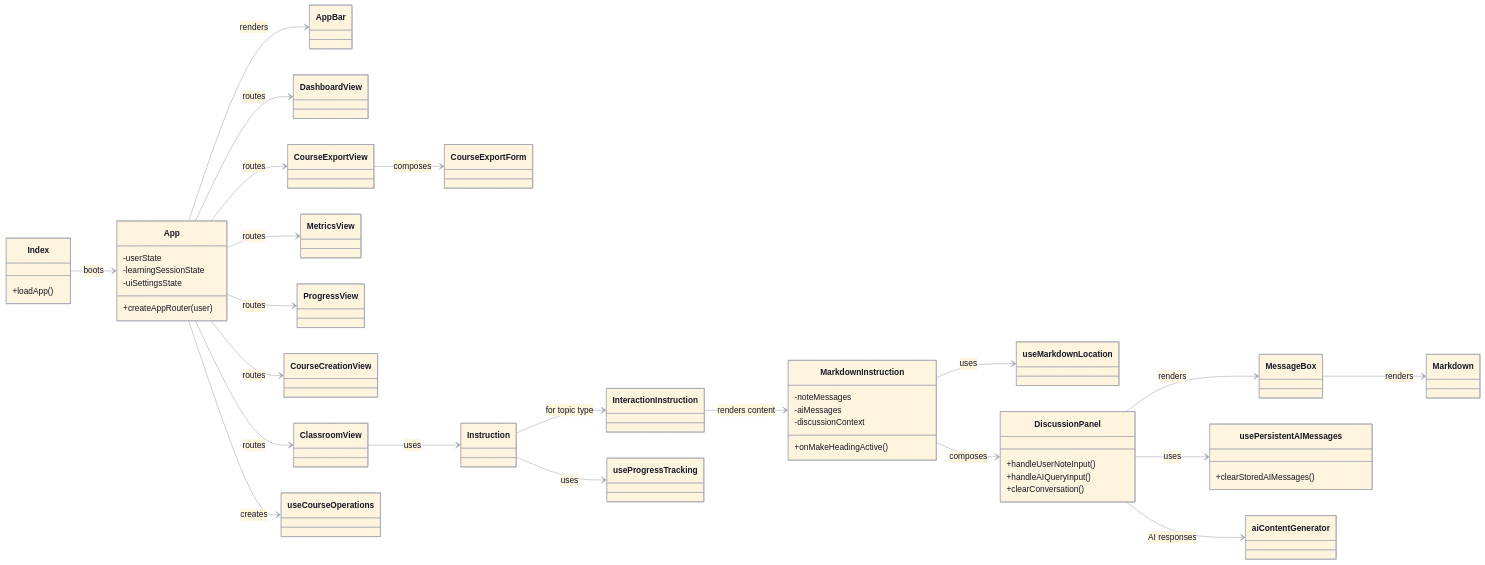
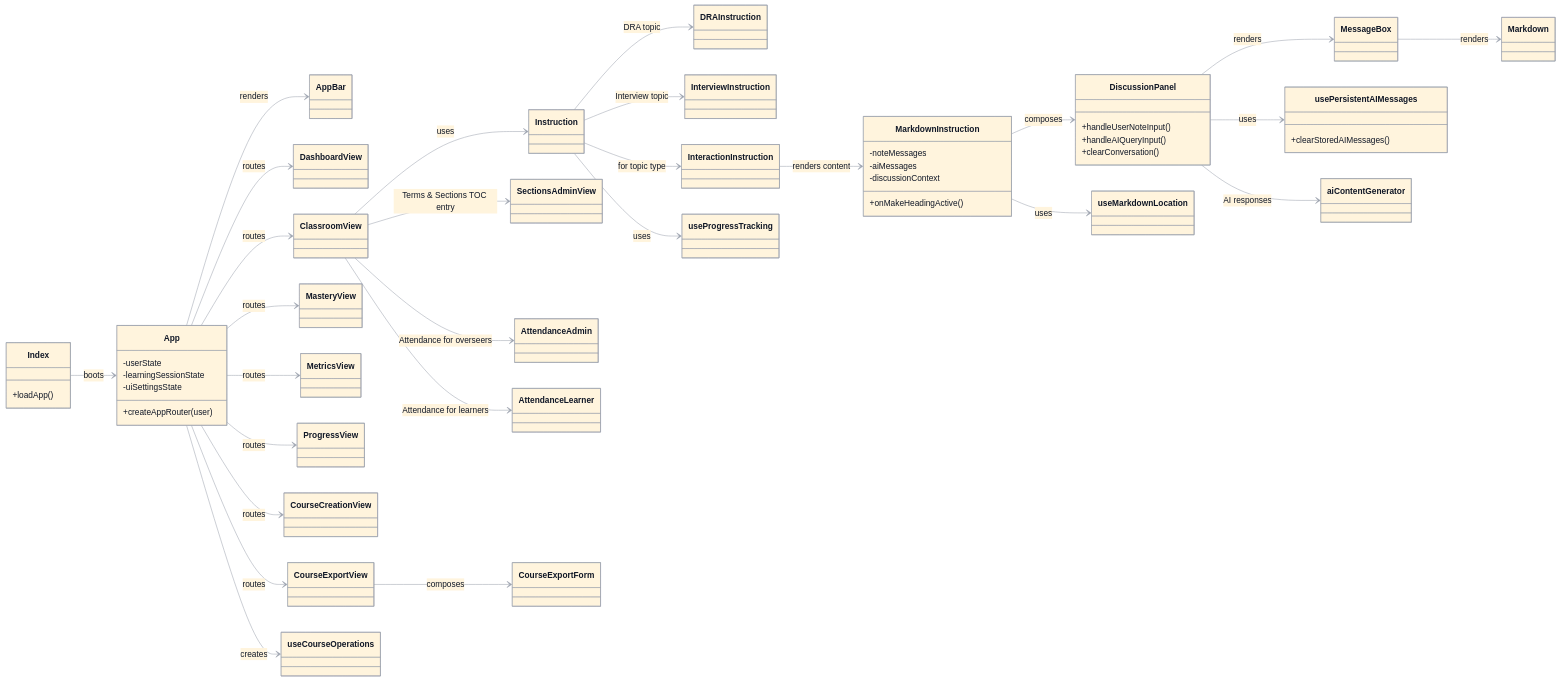
Before and after one commit to leesjensen/masteryls: the first of 3 diagrams in docs/applicationClassDiagram/applicationClassDiagram.md, drawn with Mermaid. The commit also changed other lines of this file and 8 other files, not shown here.

```diff
--- a/docs/applicationClassDiagram/applicationClassDiagram.md
+++ b/docs/applicationClassDiagram/applicationClassDiagram.md
@@ -20,6 +20,10 @@
 class AppBar
 class DashboardView
 class ClassroomView
+class SectionsAdminView
+class AttendanceAdmin
+class AttendanceLearner
+class MasteryView
 class MetricsView
 class ProgressView
 class CourseCreationView
@@ -27,6 +31,8 @@
 class CourseExportForm
 class Instruction
 class InteractionInstruction
+class DRAInstruction
+class InterviewInstruction
 class useCourseOperations
 class useProgressTracking
 class useMarkdownLocation
@@ -55,12 +61,18 @@
 App --> AppBar : renders
 App --> DashboardView : routes
 App --> ClassroomView : routes
+App --> MasteryView : routes
 App --> MetricsView : routes
 App --> ProgressView : routes
 App --> CourseCreationView : routes
 App --> CourseExportView : routes
 
 ClassroomView --> Instruction : uses
+ClassroomView --> SectionsAdminView : Terms & Sections TOC entry
+ClassroomView --> AttendanceAdmin : Attendance for overseers
+ClassroomView --> AttendanceLearner : Attendance for learners
+Instruction --> DRAInstruction : DRA topic
+Instruction --> InterviewInstruction : Interview topic
 Instruction --> InteractionInstruction : for topic type
 InteractionInstruction --> MarkdownInstruction : renders content
 MarkdownInstruction --> DiscussionPanel : composes
```
